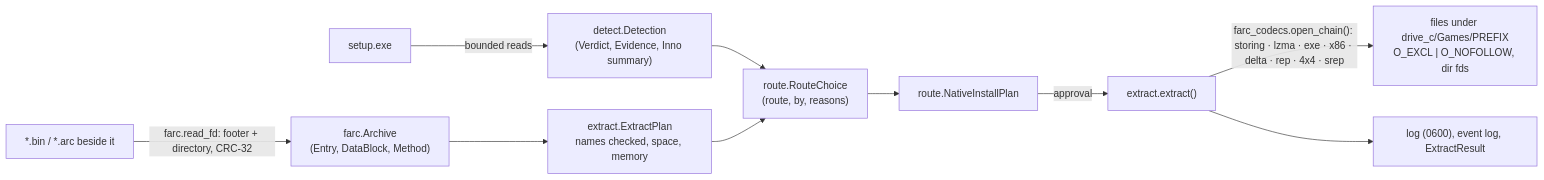
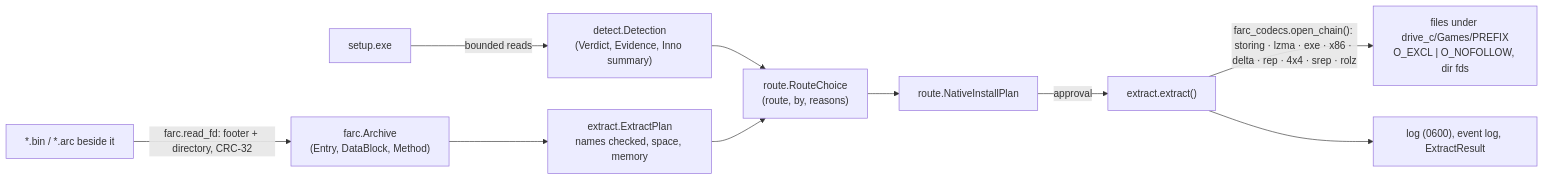
Before and after one commit to undecuple/gitfurl: the fifth of 6 diagrams in docs/code-map.md, drawn with Mermaid. The commit also changed other lines of this file and 13 other files, not shown here.

````diff
--- a/docs/code-map.md
+++ b/docs/code-map.md
@@ -165,12 +165,12 @@
 ```mermaid
 flowchart LR
   I["setup.exe"] -->|bounded reads| D["detect.Detection<br/>(Verdict, Evidence, Inno summary)"]
   A["*.bin / *.arc beside it"] -->|farc.read_fd: footer + directory, CRC-32| FA["farc.Archive<br/>(Entry, DataBlock, Method)"]
   FA --> EP["extract.ExtractPlan<br/>names checked, space, memory"]
   D --> RC["route.RouteChoice<br/>(route, by, reasons)"]
   EP --> RC
   RC --> NP["route.NativeInstallPlan"]
   NP -->|approval| X["extract.extract()"]
-  X -->|"farc_codecs.open_chain(): storing · lzma · exe · x86 · delta · rep · 4x4 · srep"| F["files under drive_c/Games/PREFIX<br/>O_EXCL | O_NOFOLLOW, dir fds"]
+  X -->|"farc_codecs.open_chain(): storing · lzma · exe · x86 · delta · rep · 4x4 · srep · rolz"| F["files under drive_c/Games/PREFIX<br/>O_EXCL | O_NOFOLLOW, dir fds"]
   X --> L["log (0600), event log, ExtractResult"]
 ```
````
